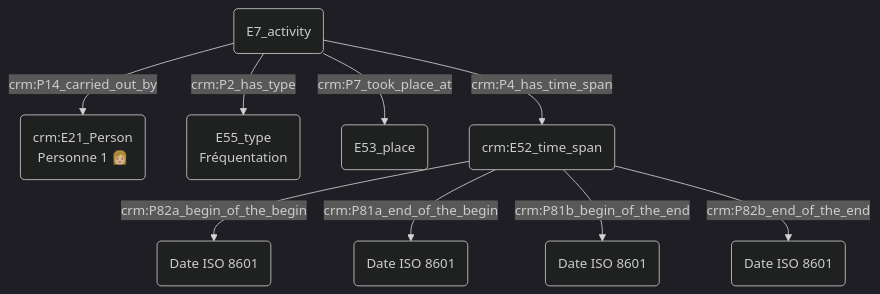
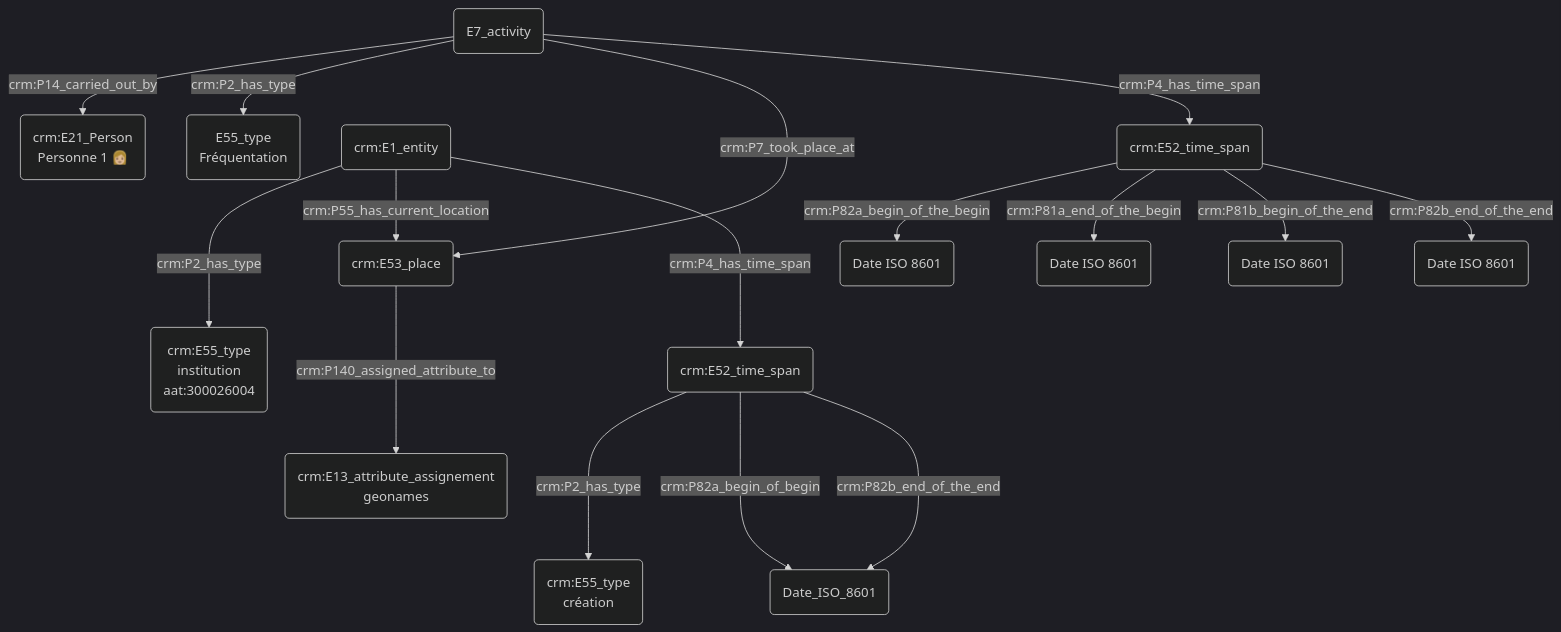
One commit to Amleth/consortium-musica2-gt2-ontologies changed the diagram in modules/livrables/Dossier 2/Prosopographie/fréquentation d'une institution.md. Above: the diagram before and after it, drawn with Mermaid (dark theme).

Commit message:
Update fréquentation d'une institution.md

````diff
--- a/modules/livrables/Dossier 2/Prosopographie/fréquentation d'une institution.md
+++ b/modules/livrables/Dossier 2/Prosopographie/fréquentation d'une institution.md
@@ -11,14 +11,21 @@
 ```mermaid
 graph TD;
 
 B(E7_activity) -->|crm:P14_carried_out_by| A("crm:E21_Person<br>Personne 1 👩🏼")
 B(E7_activity) -->|crm:P2_has_type| C(E55_type<br>Fréquentation)
 
-B(E7_activity) -->|crm:P7_took_place_at| I(E53_place)
+B(E7_activity) --->|crm:P7_took_place_at| K(E53_place)
+I(crm:E1_entity) --->|crm:P2_has_type| J(crm:E55_type<br>institution<br>aat:300026004)
+I(crm:E1_entity) -->|crm:P55_has_current_location| K(crm:E53_place)
+K(crm:E53_place) --->|crm:P140_assigned_attribute_to| L(crm:E13_attribute_assignement<br>geonames)
+I(crm:E1_entity) --->|crm:P4_has_time_span| M(crm:E52_time_span)
+M(crm:E52_time_span) --->|crm:P2_has_type| N(crm:E55_type<br>création)
+M(crm:E52_time_span) --->|crm:P82a_begin_of_begin| O(Date_ISO_8601)
+M(crm:E52_time_span) --->|crm:P82b_end_of_the_end| O(Date_ISO_8601)
 
 B(E7_activity) --> |crm:P4_has_time_span| D(crm:E52_time_span)
 D(crm:E52_time_span) --> |crm:P82a_begin_of_the_begin| E("Date ISO 8601")
 D(crm:E52_time_span) --> |crm:P81a_end_of_the_begin| F("Date ISO 8601")
 D(crm:E52_time_span) --> |crm:P81b_begin_of_the_end|G("Date ISO 8601")
 D(crm:E52_time_span) --> |crm:P82b_end_of_the_end| H("Date ISO 8601")
 ```
````
